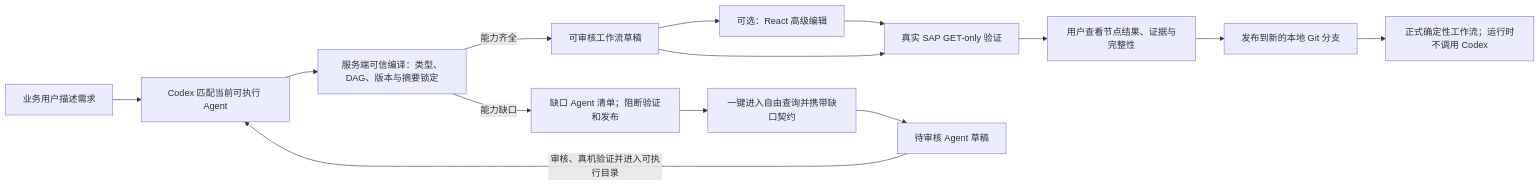
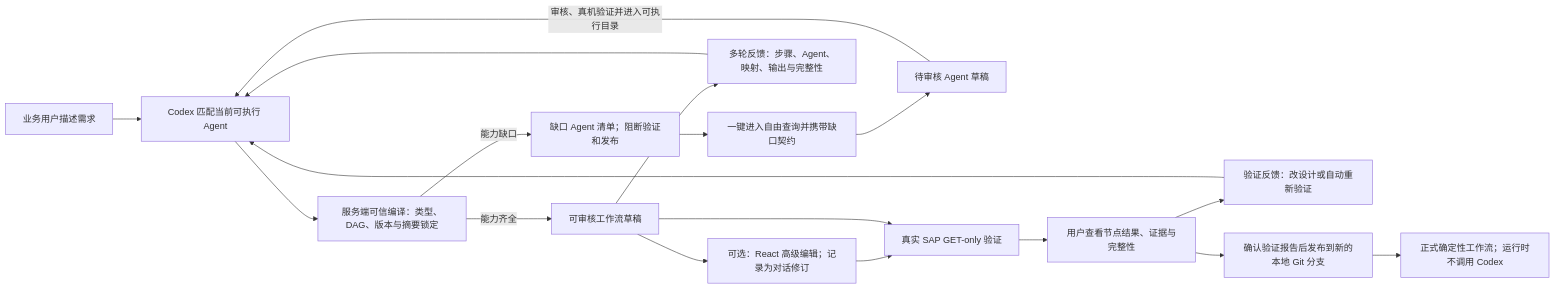
Before and after one commit to yin-wen-bin/SAPBusinessAgents: the diagram in docs/user-workflows.md, drawn with Mermaid. The commit also changed other lines of this file and 59 other files, not shown here.

````diff
--- a/docs/user-workflows.md
+++ b/docs/user-workflows.md
@@ -5,16 +5,20 @@
 ```mermaid
 flowchart LR
     ASK["业务用户描述需求"] --> CODEX["Codex 匹配当前可执行 Agent"]
     CODEX --> CHECK["服务端可信编译：类型、DAG、版本与摘要锁定"]
     CHECK -->|能力齐全| DRAFT["可审核工作流草稿"]
     CHECK -->|能力缺口| GAP["缺口 Agent 清单；阻断验证和发布"]
     GAP --> FREE["一键进入自由查询并携带缺口契约"]
     FREE --> AGENT["待审核 Agent 草稿"]
     AGENT -->|审核、真机验证并进入可执行目录| CODEX
-    DRAFT --> ADVANCED["可选：React 高级编辑"]
+    DRAFT --> FEEDBACK["多轮反馈：步骤、Agent、映射、输出与完整性"]
+    FEEDBACK --> CODEX
+    DRAFT --> ADVANCED["可选：React 高级编辑；记录为对话修订"]
     ADVANCED --> LIVE["真实 SAP GET-only 验证"]
     DRAFT --> LIVE
     LIVE --> REVIEW["用户查看节点结果、证据与完整性"]
-    REVIEW --> PUBLISH["发布到新的本地 Git 分支"]
+    REVIEW --> VALIDATION_FEEDBACK["验证反馈：改设计或自动重新验证"]
+    VALIDATION_FEEDBACK --> CODEX
+    REVIEW --> PUBLISH["确认验证报告后发布到新的本地 Git 分支"]
     PUBLISH --> FIXED["正式确定性工作流；运行时不调用 Codex"]
 ```
````
